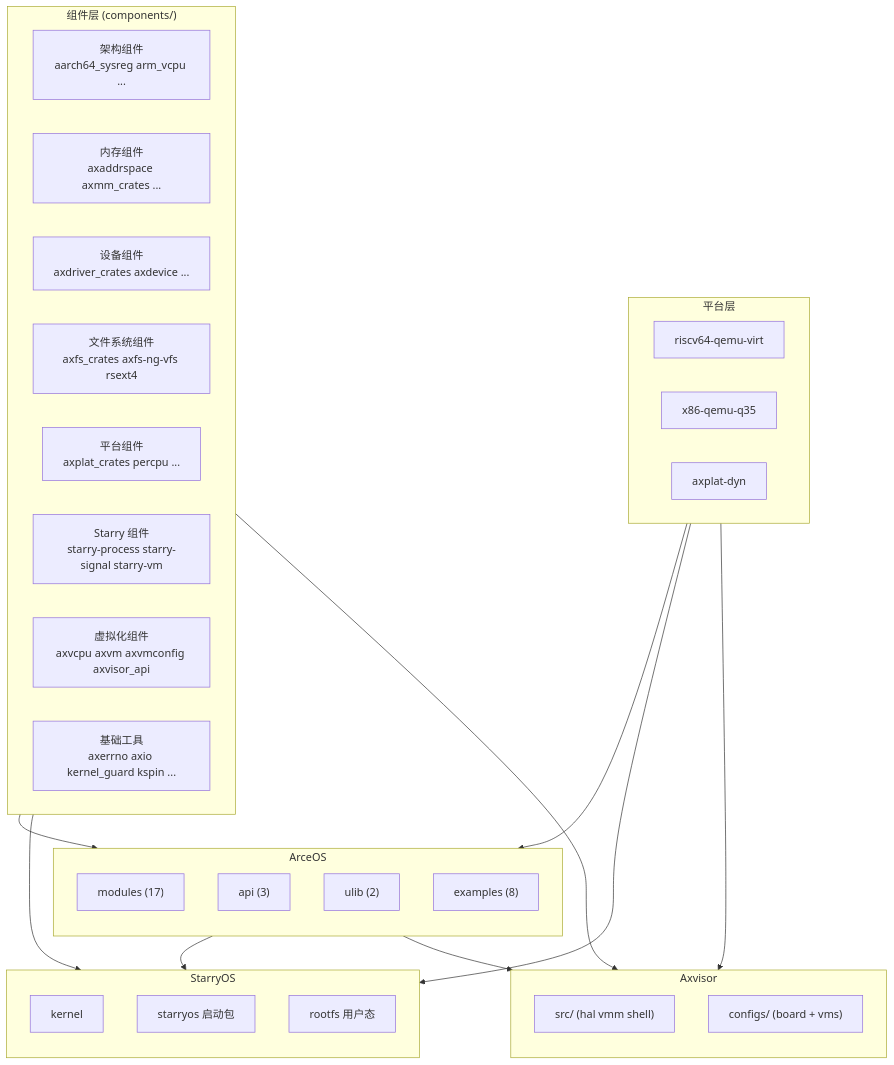
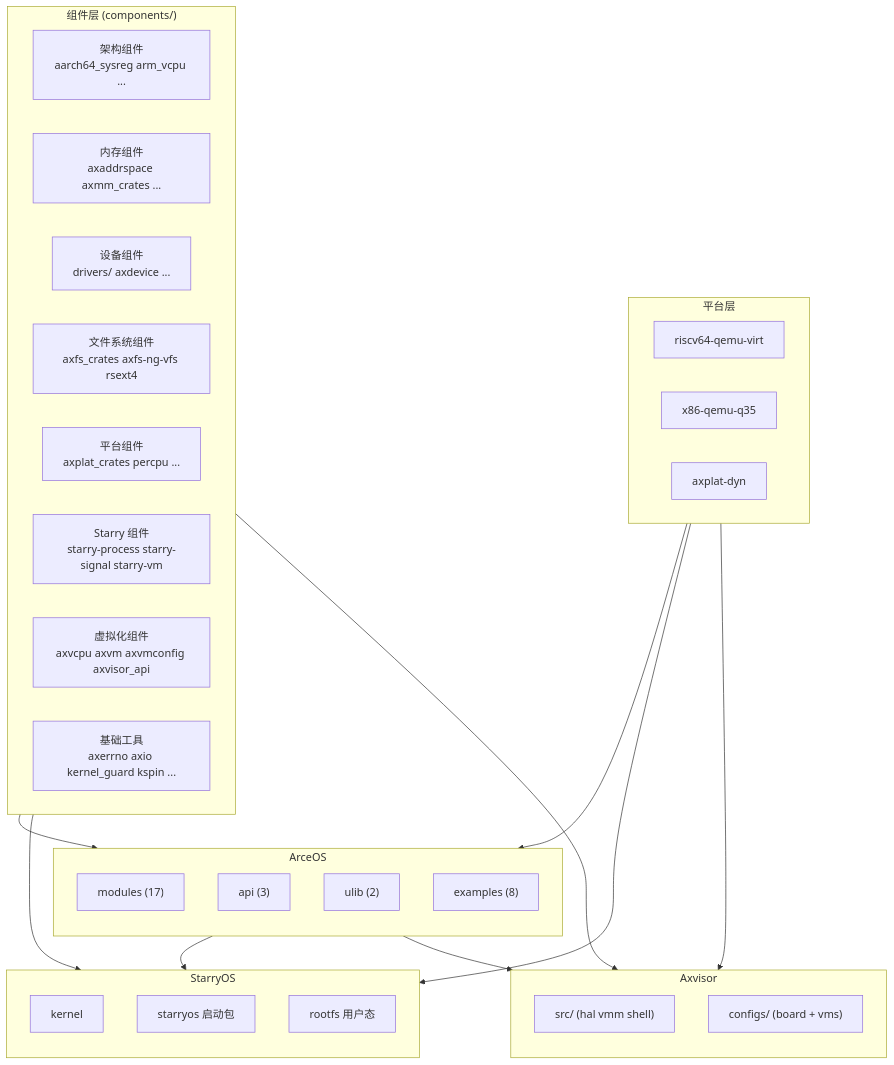
Before and after one commit to rcore-os/tgoskits: the first of 2 diagrams in docs/docs/architecture/overview.md, drawn with Mermaid. The commit also changed other lines of this file and 549 other files, not shown here.

````diff
--- a/docs/docs/architecture/overview.md
+++ b/docs/docs/architecture/overview.md
@@ -10,51 +10,51 @@
 ```mermaid
 flowchart TD
     subgraph Components["组件层 (components/)"]
         direction LR
         C1["架构组件<br/>aarch64_sysreg arm_vcpu ..."]
         C2["内存组件<br/>axaddrspace axmm_crates ..."]
-        C3["设备组件<br/>axdriver_crates axdevice ..."]
+        C3["设备组件<br/>drivers/ axdevice ..."]
         C4["文件系统组件<br/>axfs_crates axfs-ng-vfs rsext4"]
         C5["平台组件<br/>axplat_crates percpu ..."]
         C6["Starry 组件<br/>starry-process starry-signal starry-vm"]
         C7["虚拟化组件<br/>axvcpu axvm axvmconfig axvisor_api"]
         C8["基础工具<br/>axerrno axio kernel_guard kspin ..."]
     end
 
     subgraph ArceOS["ArceOS"]
         direction TB
         AM["modules (17)"]
         AA["api (3)"]
         AU["ulib (2)"]
         AX["examples (8)"]
     end
 
     subgraph StarryOS["StarryOS"]
         direction TB
         SK["kernel"]
         SP["starryos 启动包"]
         SR["rootfs 用户态"]
     end
 
     subgraph Axvisor["Axvisor"]
         direction TB
         AV["src/ (hal vmm shell)"]
         AC["configs/ (board + vms)"]
     end
 
     subgraph Platform["平台层"]
         direction LR
         P1["riscv64-qemu-virt"]
         P2["x86-qemu-q35"]
         P3["axplat-dyn"]
     end
 
     Components --> ArceOS
     Components --> StarryOS
     Components --> Axvisor
     ArceOS --> StarryOS
     ArceOS --> Axvisor
     Platform --> ArceOS
     Platform --> StarryOS
     Platform --> Axvisor
 ```
````
